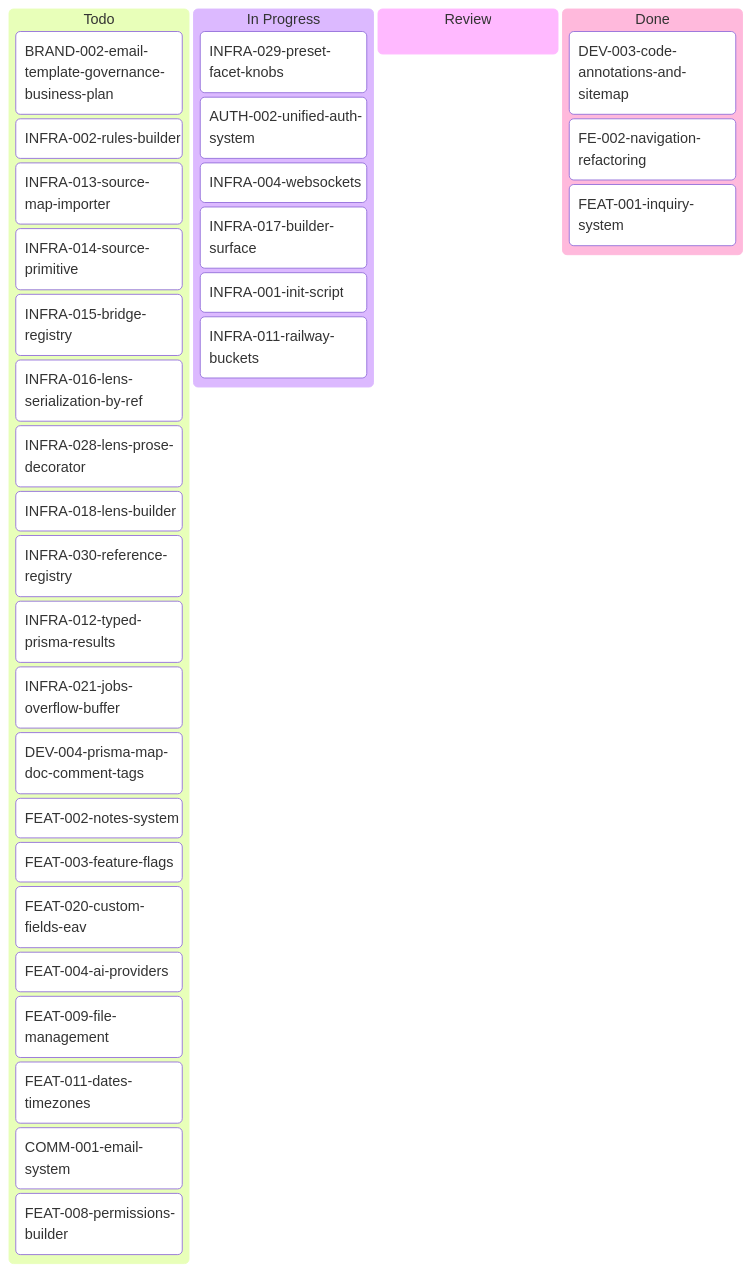
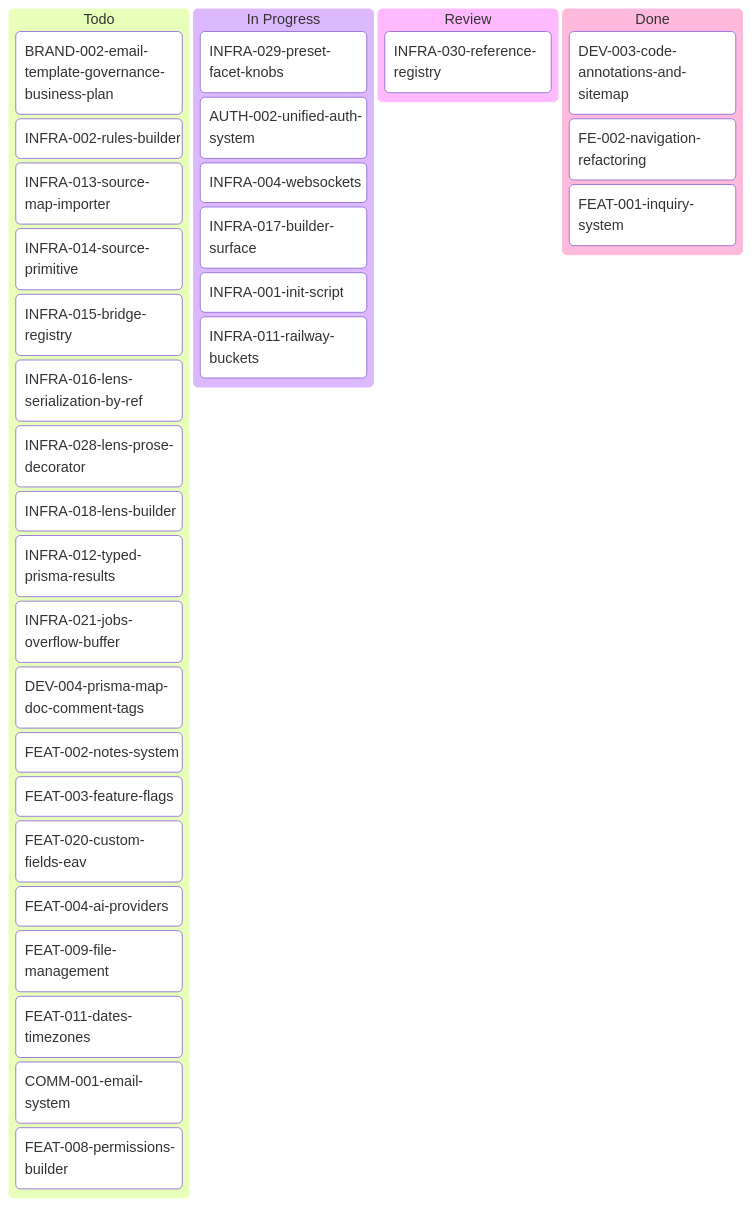
The diagram in tickets/kanban-aron.md (inixiative/template), drawn with Mermaid before and after one commit. The commit also changed other lines of this file and 27 other files, not shown here.

````diff
--- a/tickets/kanban-aron.md
+++ b/tickets/kanban-aron.md
@@ -3,41 +3,41 @@
 ```mermaid
 ---
 config:
   kanban:
     ticketBaseUrl: 'https://github.com/yourorg/template/blob/main/tickets/#TICKET#'
 ---
 kanban
   Todo
     BRAND-002-email-template-governance-business-plan
     INFRA-002-rules-builder
     INFRA-013-source-map-importer
     INFRA-014-source-primitive
     INFRA-015-bridge-registry
     INFRA-016-lens-serialization-by-ref
     INFRA-028-lens-prose-decorator
     INFRA-018-lens-builder
-    INFRA-030-reference-registry
     INFRA-012-typed-prisma-results
     INFRA-021-jobs-overflow-buffer
     DEV-004-prisma-map-doc-comment-tags
     FEAT-002-notes-system
     FEAT-003-feature-flags
     FEAT-020-custom-fields-eav
     FEAT-004-ai-providers
     FEAT-009-file-management
     FEAT-011-dates-timezones
     COMM-001-email-system
     FEAT-008-permissions-builder
   In Progress
     INFRA-029-preset-facet-knobs
     AUTH-002-unified-auth-system
     INFRA-004-websockets
     INFRA-017-builder-surface
     INFRA-001-init-script
     INFRA-011-railway-buckets
   Review
+    INFRA-030-reference-registry
   Done
     DEV-003-code-annotations-and-sitemap
     FE-002-navigation-refactoring
     FEAT-001-inquiry-system
 ```
````
